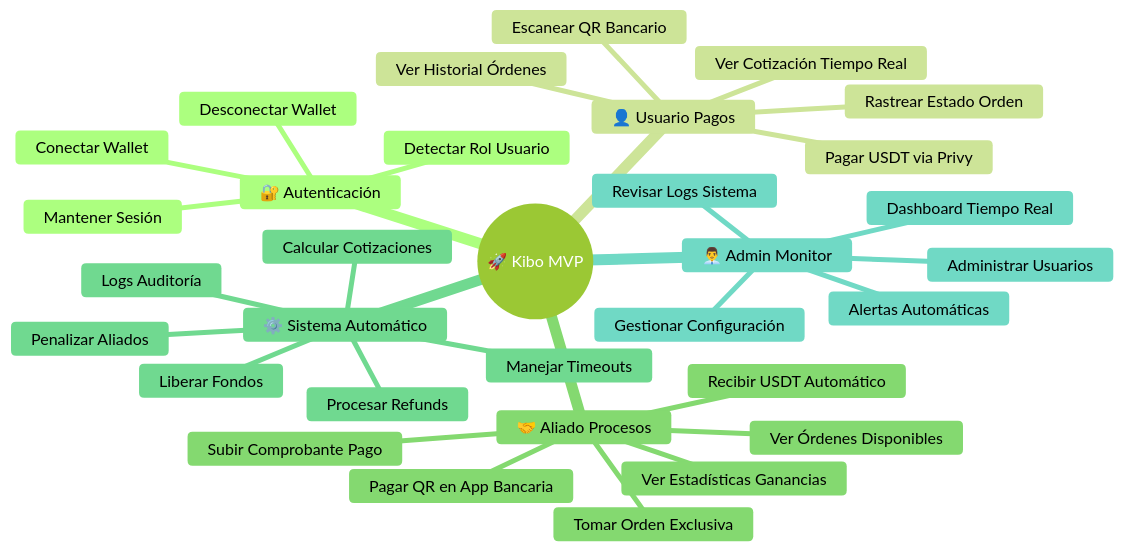
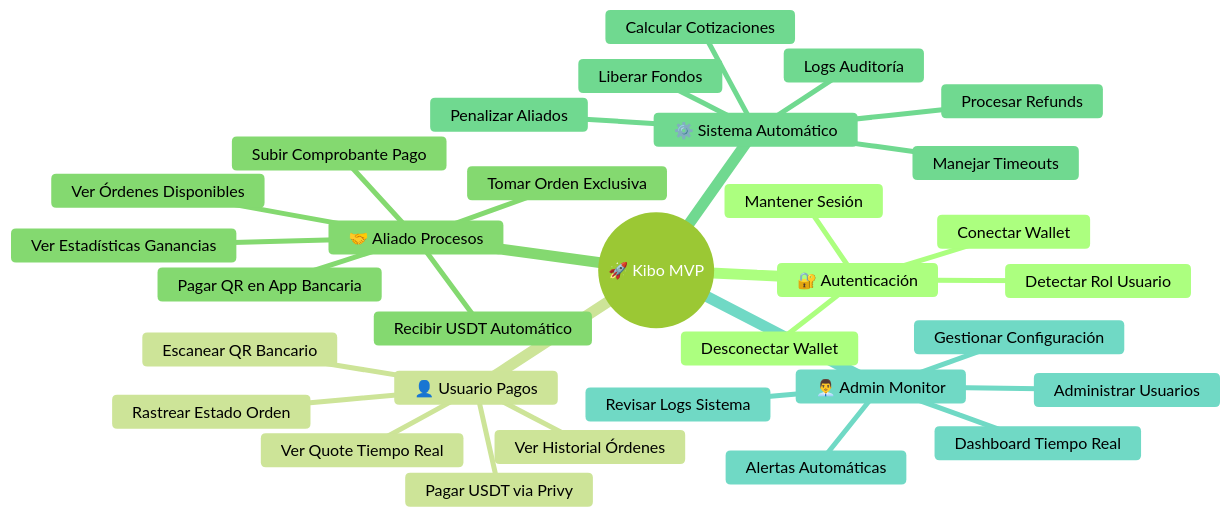
Before and after one commit to kibo-project/Kibo-Wiki: the diagram in 05-casos-uso.md, drawn with Mermaid (forest theme). The commit also changed other lines of this file and 6 other files, not shown here.

````diff
--- a/05-casos-uso.md
+++ b/05-casos-uso.md
@@ -5,39 +5,39 @@
 ```mermaid
 mindmap
   root((🚀 Kibo MVP))
     🔐 Autenticación
       Conectar Wallet
       Detectar Rol Usuario
       Mantener Sesión
       Desconectar Wallet
     
     👤 Usuario Pagos
       Escanear QR Bancario
-      Ver Cotización Tiempo Real
+      Ver Quote Tiempo Real
       Pagar USDT via Privy
       Rastrear Estado Orden
       Ver Historial Órdenes
       
     🤝 Aliado Procesos
       Ver Órdenes Disponibles
       Tomar Orden Exclusiva
       Pagar QR en App Bancaria
       Subir Comprobante Pago
       Recibir USDT Automático
       Ver Estadísticas Ganancias
       
     ⚙️ Sistema Automático
       Calcular Cotizaciones
       Manejar Timeouts
       Procesar Refunds
       Liberar Fondos
       Penalizar Aliados
       Logs Auditoría
       
     👨‍💼 Admin Monitor
       Dashboard Tiempo Real
       Gestionar Configuración
       Revisar Logs Sistema
       Administrar Usuarios
       Alertas Automáticas
 ```
````
